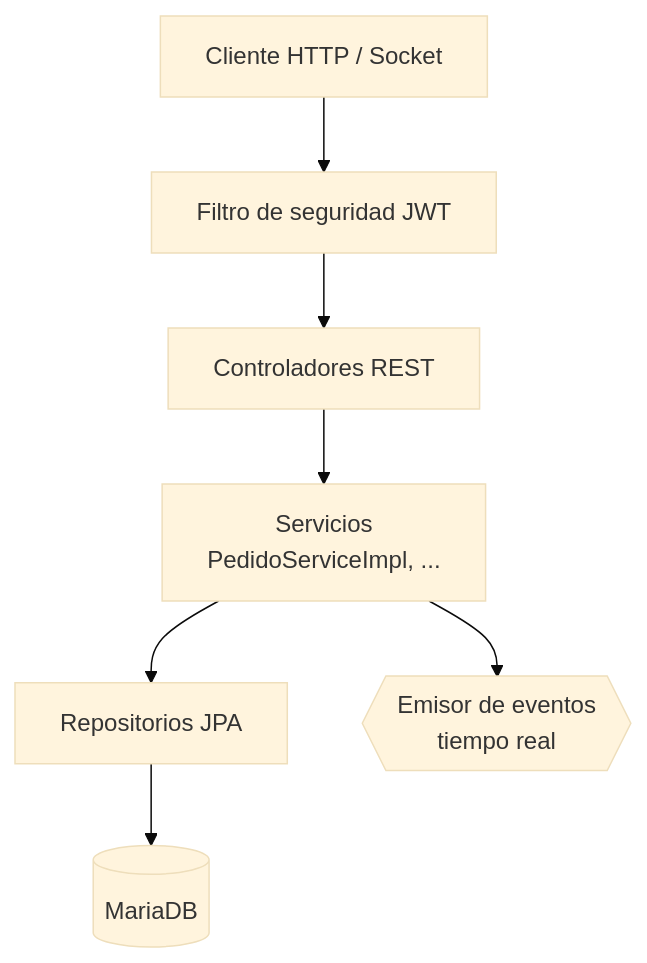
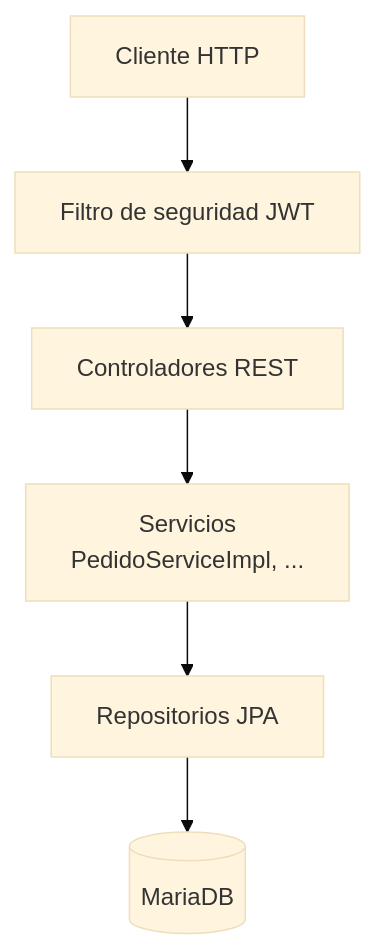
One commit to juanparejog/BarHub2.0 changed the first of 4 diagrams in docs/backend.md. Above: the diagram before and after it, drawn with Mermaid (base theme). The commit also changed other lines of this file and 13 other files, not shown here.

````diff
--- a/docs/backend.md
+++ b/docs/backend.md
@@ -31,9 +31,8 @@
 ```mermaid
 flowchart TB
-    CL[Cliente HTTP / Socket] --> SEC[Filtro de seguridad JWT]
+    CL[Cliente HTTP] --> SEC[Filtro de seguridad JWT]
     SEC --> CTRL[Controladores REST]
     CTRL --> SRV[Servicios<br/>PedidoServiceImpl, ...]
     SRV --> REPO[Repositorios JPA]
     REPO --> DB[(MariaDB)]
-    SRV --> RT{{Emisor de eventos<br/>tiempo real}}
 ```
````
